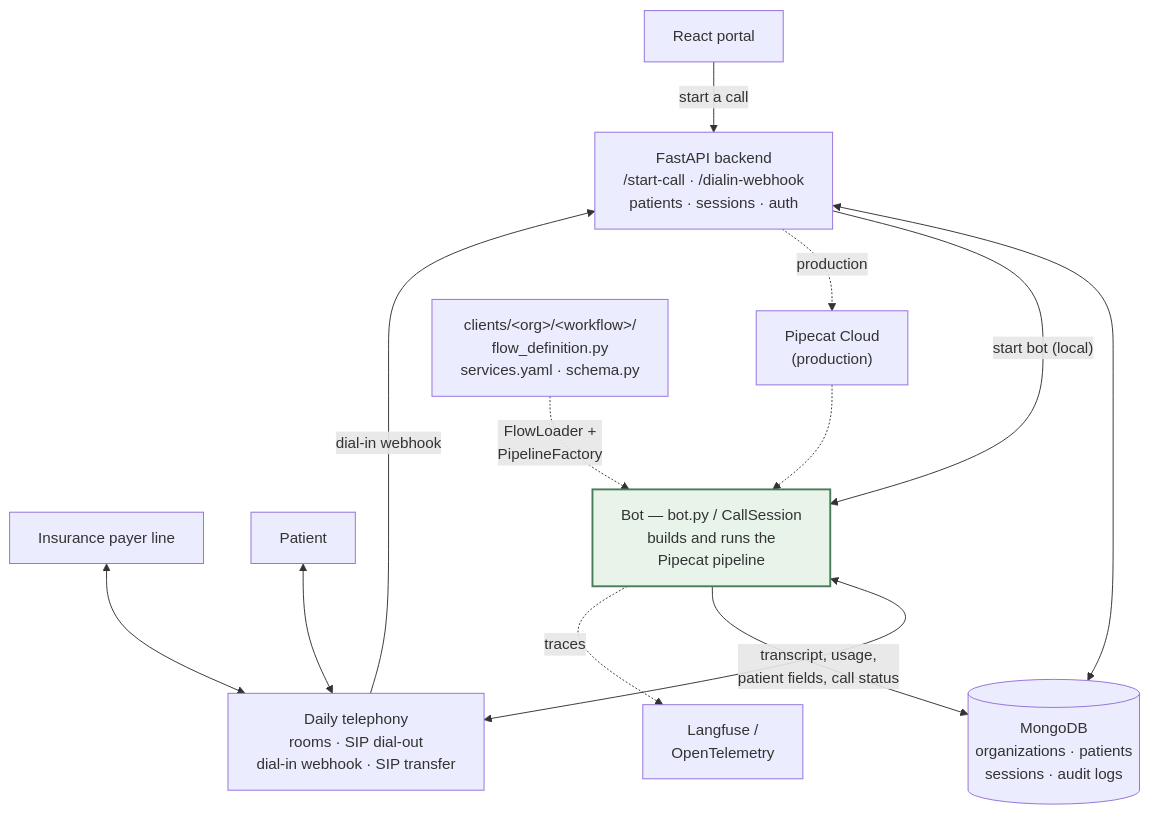
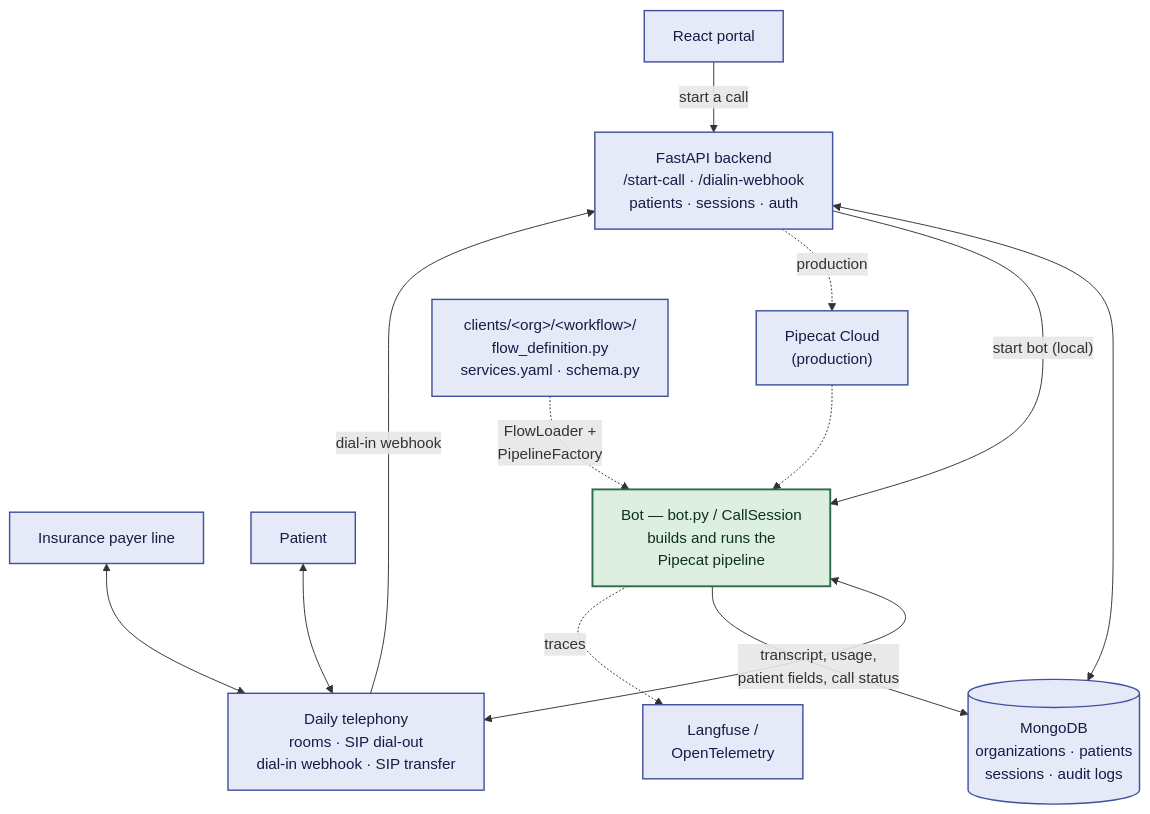
The first of 2 diagrams in README.md (Adam-Behun/Optimalbot), drawn with Mermaid before and after one commit. The commit also changed other lines of this file, not shown here.

First line of the commit message:
Fix unreadable diagram text in dark mode

````diff
--- a/README.md
+++ b/README.md
@@ -11,34 +11,36 @@
 ```mermaid
 %%{init: {'flowchart': {'wrappingWidth': 420}}}%%
 flowchart TB
     Portal["React portal"]
     Payer["Insurance payer line"]
     Patient["Patient"]
 
     API["FastAPI backend<br/>/start-call · /dialin-webhook<br/>patients · sessions · auth"]
     Daily["Daily telephony<br/>rooms · SIP dial-out<br/>dial-in webhook · SIP transfer"]
     Cloud["Pipecat Cloud<br/>(production)"]
     Clients["clients/&lt;org&gt;/&lt;workflow&gt;/<br/>flow_definition.py<br/>services.yaml · schema.py"]
 
     Bot["Bot — bot.py / CallSession<br/>builds and runs the<br/>Pipecat pipeline"]
 
     DB[("MongoDB<br/>organizations · patients<br/>sessions · audit logs")]
     Langfuse["Langfuse /<br/>OpenTelemetry"]
 
     Portal -- "start a call" --> API
     Payer <--> Daily
     Patient <--> Daily
     Daily -- "dial-in webhook" --> API
     API <--> DB
 
     API -- "start bot (local)" --> Bot
     API -. "production" .-> Cloud -.-> Bot
     Clients -. "FlowLoader +<br/>PipelineFactory" .-> Bot
 
     Bot <--> Daily
     Bot -- "transcript, usage,<br/>patient fields, call status" --> DB
     Bot -. "traces" .-> Langfuse
 
-    classDef bot fill:#e8f4ea,stroke:#4a7c59,stroke-width:2px
+    classDef bot fill:#dcefe1,stroke:#2f6b47,stroke-width:2px,color:#10301f
+    classDef infra fill:#e6eaf8,stroke:#41519e,stroke-width:1.5px,color:#151d45
     class Bot bot
+    class Portal,Payer,Patient,API,Daily,Cloud,Clients,DB,Langfuse infra
 ```
````
